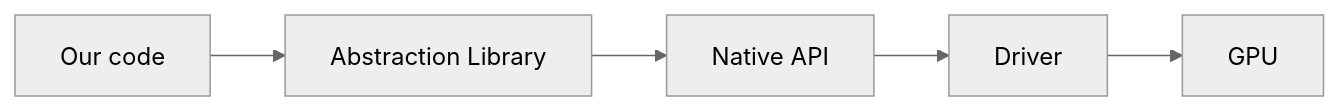
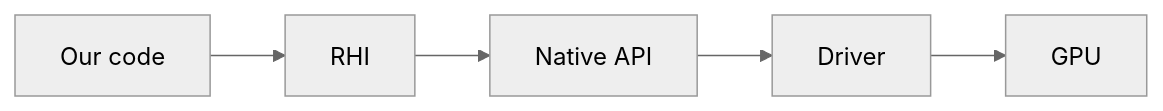
Before and after one commit to Bromles/wgpu-tutorial: the second of 4 diagrams in docs/index.md, drawn with Mermaid (neutral theme). The commit also changed other lines of this file, not shown here.

````diff
--- a/docs/index.md
+++ b/docs/index.md
@@ -38,4 +39,4 @@
 ```mermaid
 flowchart LR
-    Code["Our code"] --> Abstraction["Abstraction Library"] --> Native["Native API"] --> Driver --> GPU
+    Code["Our code"] --> RHI["RHI"] --> Native["Native API"] --> Driver --> GPU
 ```
````
